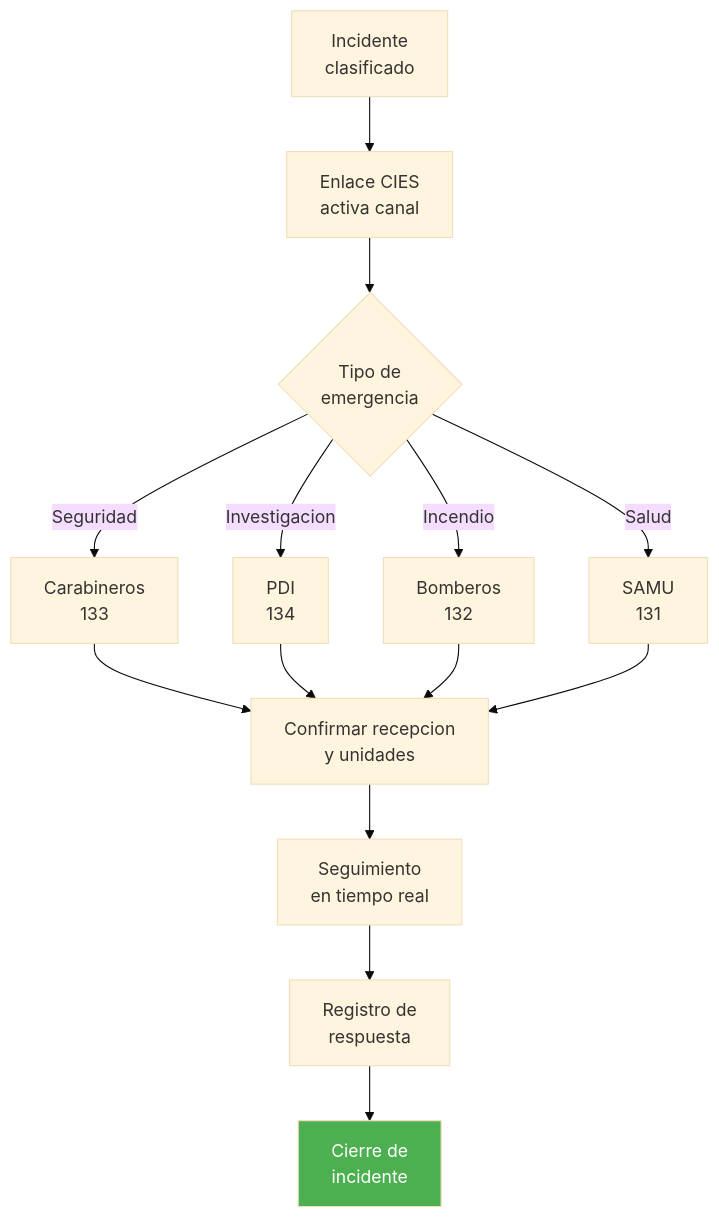
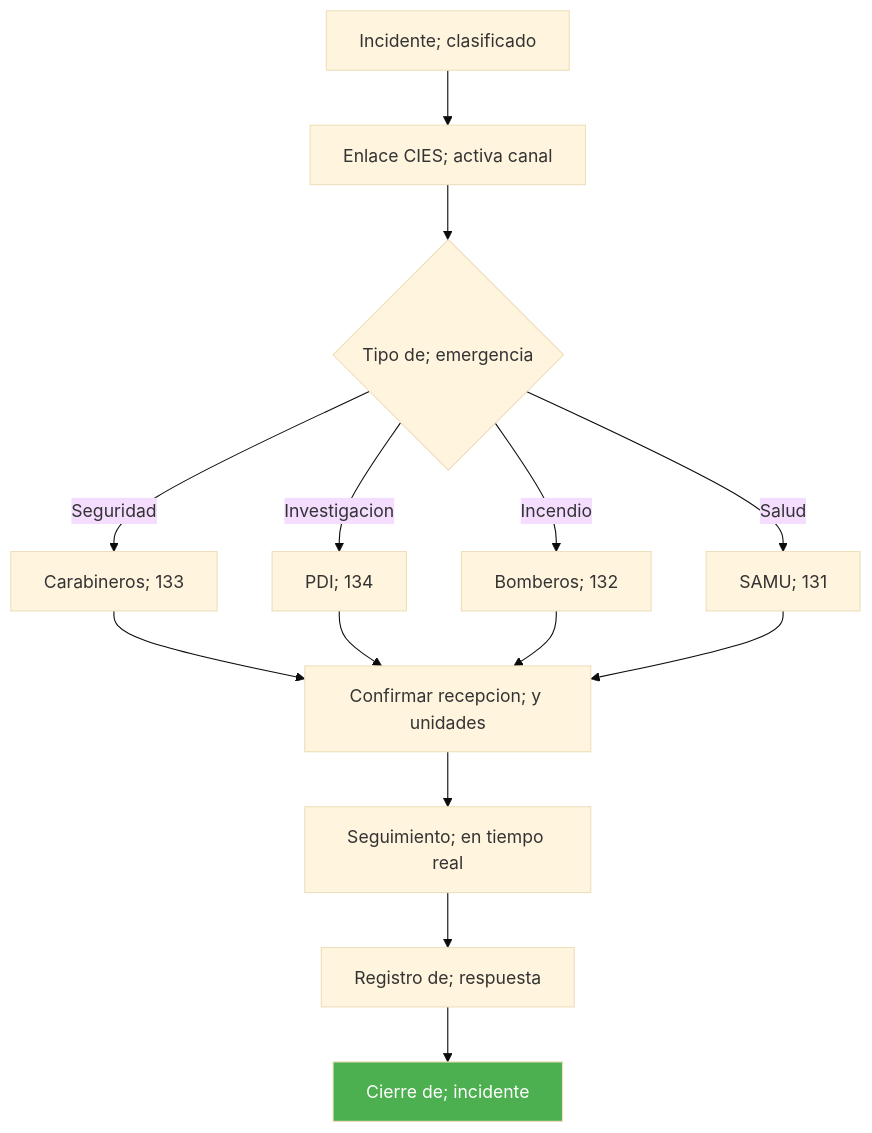
The third of 8 diagrams in KNOWLEDGE/gn/kb/bpmn-cies-sitia.md (felix-antonio-sl/kora), drawn with Mermaid (base theme) before and after one commit. The commit also changed other lines of this file and 1034 other files, not shown here.

````diff
--- a/KNOWLEDGE/gn/kb/bpmn-cies-sitia.md
+++ b/KNOWLEDGE/gn/kb/bpmn-cies-sitia.md
@@ -105,17 +114,17 @@
 ```mermaid
 flowchart TD
-    A["Incidente<br/>clasificado"] --> B["Enlace CIES<br/>activa canal"]
-    B --> C{"Tipo de<br/>emergencia"}
+ A["Incidente; clasificado"] --> B["Enlace CIES; activa canal"]
+ B --> C{"Tipo de; emergencia"}
 
-    C -->|"Seguridad"| D["Carabineros<br/>133"]
-    C -->|"Investigacion"| E["PDI<br/>134"]
-    C -->|"Incendio"| F["Bomberos<br/>132"]
-    C -->|"Salud"| G["SAMU<br/>131"]
+ C -->|"Seguridad"| D["Carabineros; 133"]
+ C -->|"Investigacion"| E["PDI; 134"]
+ C -->|"Incendio"| F["Bomberos; 132"]
+ C -->|"Salud"| G["SAMU; 131"]
 
-    D & E & F & G --> H["Confirmar recepcion<br/>y unidades"]
-    H --> I["Seguimiento<br/>en tiempo real"]
-    I --> J["Registro de<br/>respuesta"]
-    J --> K["Cierre de<br/>incidente"]
+ D & E & F & G --> H["Confirmar recepcion; y unidades"]
+ H --> I["Seguimiento; en tiempo real"]
+ I --> J["Registro de; respuesta"]
+ J --> K["Cierre de; incidente"]
 
-    style K fill:#4CAF50,color:#fff
+ style K fill:#4CAF50,color:#fff
 ```
````
